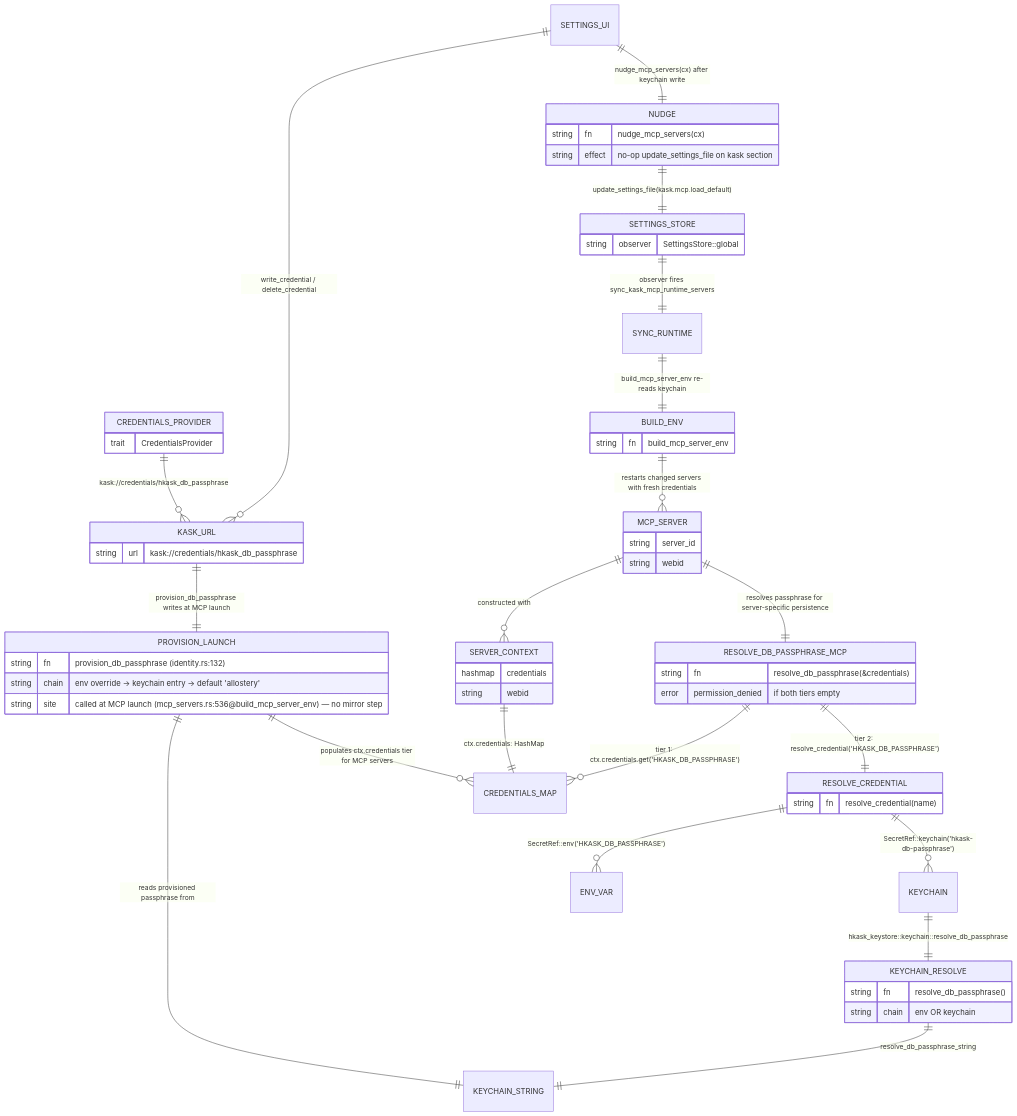
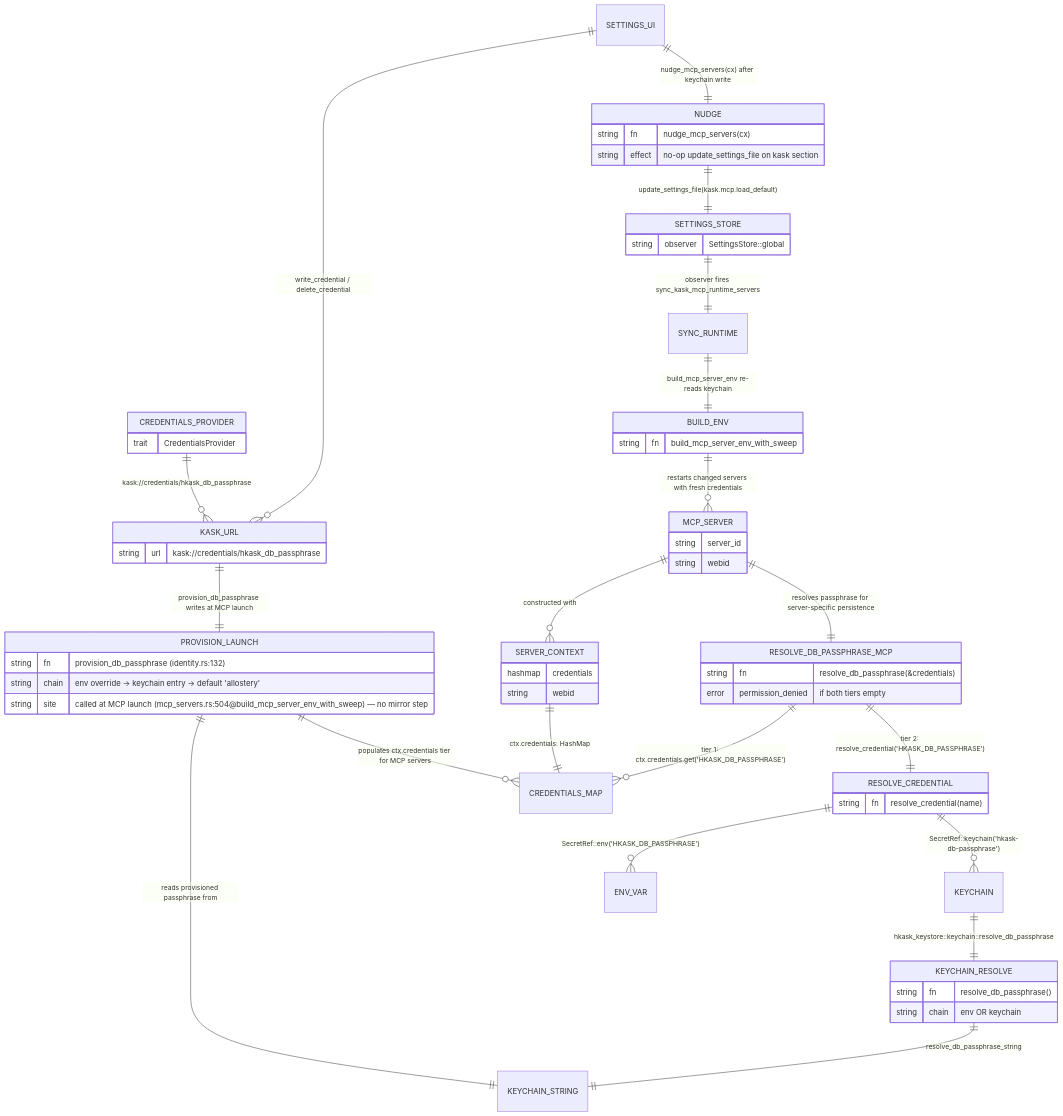
One commit to mdz-axo/zed-kask changed the fourth of 7 diagrams in kask/docs/diagrams/architecture.md. Above: the diagram before and after it, drawn with Mermaid. The commit also changed other lines of this file and 6 other files, not shown here.

First line of the commit message:
docs: re-anchor the mcp_servers citations after the credential-sweep split; de-form the nostr spike source refs

````diff
--- a/kask/docs/diagrams/architecture.md
+++ b/kask/docs/diagrams/architecture.md
@@ -252,65 +252,65 @@
 ```mermaid
 erDiagram
     MCP_SERVER ||--o{ SERVER_CONTEXT : "constructed with"
     SERVER_CONTEXT ||--|| CREDENTIALS_MAP : "ctx.credentials: HashMap<String,String>"
     MCP_SERVER ||--|| RESOLVE_DB_PASSPHRASE_MCP : "resolves passphrase for server-specific persistence"
     RESOLVE_DB_PASSPHRASE_MCP ||--o{ CREDENTIALS_MAP : "tier 1: ctx.credentials.get('HKASK_DB_PASSPHRASE')"
     RESOLVE_DB_PASSPHRASE_MCP ||--|| RESOLVE_CREDENTIAL : "tier 2: resolve_credential('HKASK_DB_PASSPHRASE')"
     RESOLVE_CREDENTIAL ||--o{ ENV_VAR : "SecretRef::env('HKASK_DB_PASSPHRASE')"
     RESOLVE_CREDENTIAL ||--o{ KEYCHAIN : "SecretRef::keychain('hkask-db-passphrase')"
     KEYCHAIN ||--|| KEYCHAIN_RESOLVE : "hkask_keystore::keychain::resolve_db_passphrase"
     KEYCHAIN_RESOLVE ||--|| KEYCHAIN_STRING : "resolve_db_passphrase_string"
 
     CREDENTIALS_PROVIDER ||--o{ KASK_URL : "kask://credentials/hkask_db_passphrase"
     KASK_URL ||--|| PROVISION_LAUNCH : "provision_db_passphrase writes at MCP launch"
     PROVISION_LAUNCH ||--|| KEYCHAIN_STRING : "reads provisioned passphrase from"
     PROVISION_LAUNCH ||--o{ CREDENTIALS_MAP : "populates ctx.credentials tier for MCP servers"
 
     SETTINGS_UI ||--o{ KASK_URL : "write_credential / delete_credential"
     SETTINGS_UI ||--|| NUDGE : "nudge_mcp_servers(cx) after keychain write"
     NUDGE ||--|| SETTINGS_STORE : "update_settings_file(kask.mcp.load_default)"
     SETTINGS_STORE ||--|| SYNC_RUNTIME : "observer fires sync_kask_mcp_runtime_servers"
     SYNC_RUNTIME ||--|| BUILD_ENV : "build_mcp_server_env re-reads keychain"
     BUILD_ENV ||--o{ MCP_SERVER : "restarts changed servers with fresh credentials"
 
     MCP_SERVER {
         string server_id
         string webid
     }
     SERVER_CONTEXT {
         hashmap credentials
         string webid
     }
     RESOLVE_DB_PASSPHRASE_MCP {
         string fn "resolve_db_passphrase(&credentials)"
         error permission_denied "if both tiers empty"
     }
     RESOLVE_CREDENTIAL {
         string fn "resolve_credential(name)"
     }
     KEYCHAIN_RESOLVE {
         string fn "resolve_db_passphrase()"
         string chain "env OR keychain"
     }
     CREDENTIALS_PROVIDER {
         trait CredentialsProvider
     }
     KASK_URL {
         string url "kask://credentials/hkask_db_passphrase"
     }
     PROVISION_LAUNCH {
         string fn "provision_db_passphrase (identity.rs:132)"
         string chain "env override → keychain entry → default 'allostery'"
-        string site "called at MCP launch (mcp_servers.rs:536@build_mcp_server_env) — no mirror step"
+        string site "called at MCP launch (mcp_servers.rs:504@build_mcp_server_env_with_sweep) — no mirror step"
     }
     NUDGE {
         string fn "nudge_mcp_servers(cx)"
         string effect "no-op update_settings_file on kask section"
     }
     SETTINGS_STORE {
         string observer "SettingsStore::global"
     }
     BUILD_ENV {
-        string fn "build_mcp_server_env"
+        string fn "build_mcp_server_env_with_sweep"
     }
 ```
````
